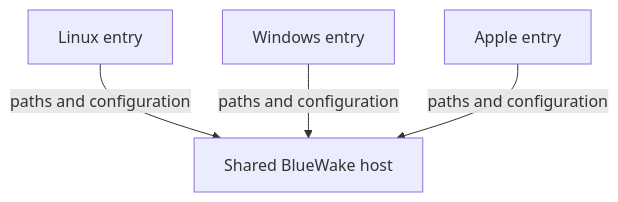
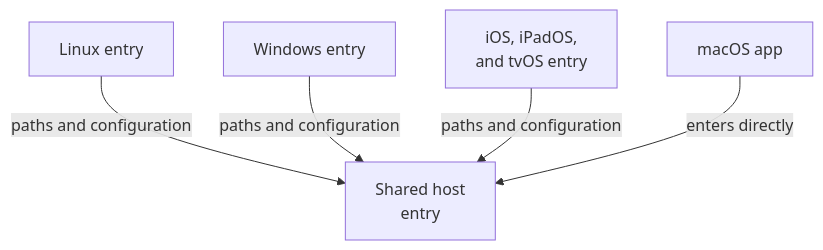
One commit to Aelbannan/boat_of_daphnes changed the second of 9 diagrams in docs/architecture/runtime/Host.md. Above: the diagram before and after it, drawn with Mermaid. The commit also changed other lines of this file, not shown here.

Commit message:
docs: distinguish macOS runtime entry

````diff
--- a/docs/architecture/runtime/Host.md
+++ b/docs/architecture/runtime/Host.md
@@ -49,11 +55,15 @@
 ```mermaid
 flowchart TD
     Linux["Linux entry"]
     Windows["Windows entry"]
-    Apple["Apple entry"]
-    Host["Shared BlueWake host"]
+    Mobile["`iOS, iPadOS,
+and tvOS entry`"]
+    Mac["macOS app"]
+    Host["`Shared host
+entry`"]
 
     Linux -->|"paths and configuration"| Host
     Windows -->|"paths and configuration"| Host
-    Apple -->|"paths and configuration"| Host
+    Mobile -->|"paths and configuration"| Host
+    Mac -->|"enters directly"| Host
 ```
````
